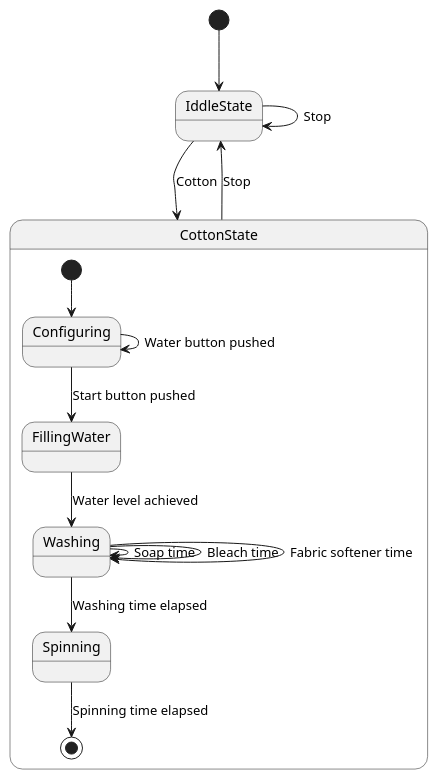
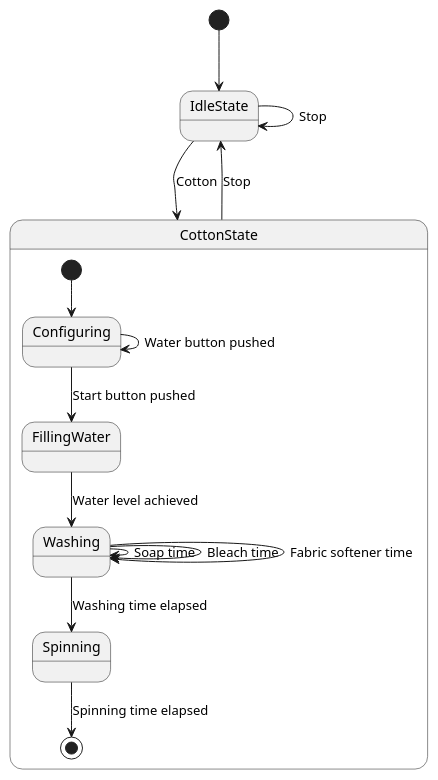
The diagram in doc/architecture/diagramme-etat-cotton.plantuml (mdesharnais/log330-washing-machine-system), drawn with PlantUML before and after one commit. The commit also changed 2 other files, not shown here.

Commit message:
s/iddle/iddle/i

```diff
--- a/doc/architecture/diagramme-etat-cotton.plantuml
+++ b/doc/architecture/diagramme-etat-cotton.plantuml
@@ -1,16 +1,16 @@
-[*] -down-> IddleState
-IddleState -> IddleState : Stop
-IddleState -down-> CottonState : Cotton
-CottonState -up-> IddleState : Stop
+[*] -down-> IdleState
+IdleState -> IdleState : Stop
+IdleState -down-> CottonState : Cotton
+CottonState -up-> IdleState : Stop
 
 state CottonState {
     [*] -down-> Configuring
     Configuring -> Configuring : Water button pushed
     Configuring -down-> FillingWater : Start button pushed
     FillingWater -down-> Washing : Water level achieved
     Washing -down-> Spinning : Washing time elapsed
     Washing -> Washing : Soap time
     Washing -> Washing : Bleach time
     Washing -> Washing : Fabric softener time
     Spinning -down-> [*] : Spinning time elapsed
 }
```
